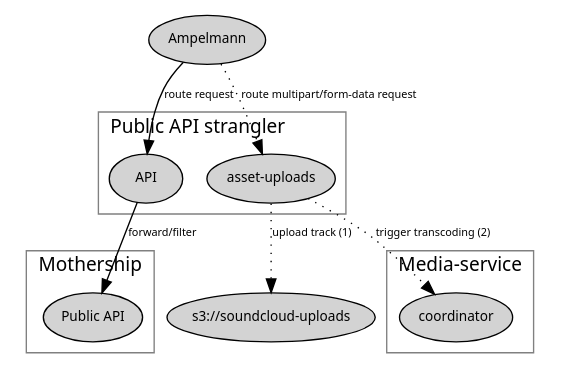
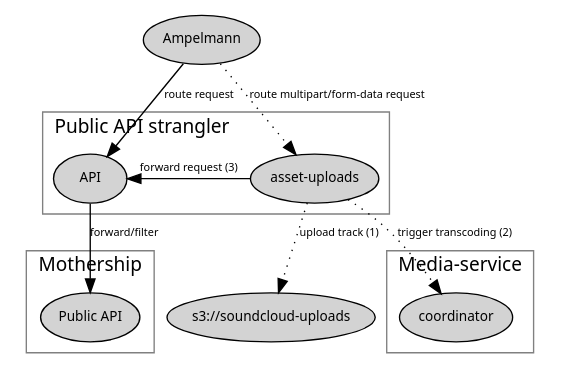
One commit to soundcloud/api changed the diagram in asset-uploads/doc/overview.dot. Above: the diagram before and after it, drawn with Graphviz. The commit also changed 3 other files, not shown here.

```diff
--- a/asset-uploads/doc/overview.dot
+++ b/asset-uploads/doc/overview.dot
@@ -1,45 +1,46 @@
 digraph overview {
 
   node [colorscheme=set37 style="rounded,filled" fontname=sans fontsize=10];
   edge [fontname="sans" fontsize=8];
   color="grey";
   fontname="sans";
   labeljust="l";
   newrank=true;
 
   ampelmann[label="Ampelmann"];
 
   s3[label="s3://soundcloud-uploads"];
 
   subgraph cluster_ms {
     label="Mothership";
     rank=same;
 
     ms_public_api [label="Public API"];
   }
 
   subgraph cluster_media_service {
     label="Media-service";
     rank=same;
 
     media_service_coordinator [label="coordinator"];
   }
 
   subgraph cluster_pas {
     label="Public API strangler";
     rank=same;
 
     pas_api           [label="API"];
     pas_asset_uploads [label="asset-uploads"];
   }
 
   // Regular request flow -- forward/filtering elided.
   ampelmann -> pas_api       [label="route request"];
   pas_api   -> ms_public_api [label="forward/filter"];
 
   // Specific flow for POST/PUT + multipart/form-data requests.
   ampelmann -> pas_asset_uploads     [style="dotted", label="route multipart/form-data request"];
   pas_asset_uploads -> s3            [style="dotted", label="upload track (1)"];
   pas_asset_uploads -> media_service_coordinator [style="dotted", label="trigger transcoding (2)"]
+  pas_asset_uploads -> pas_api [label="forward request (3)"]
 
 }
```
